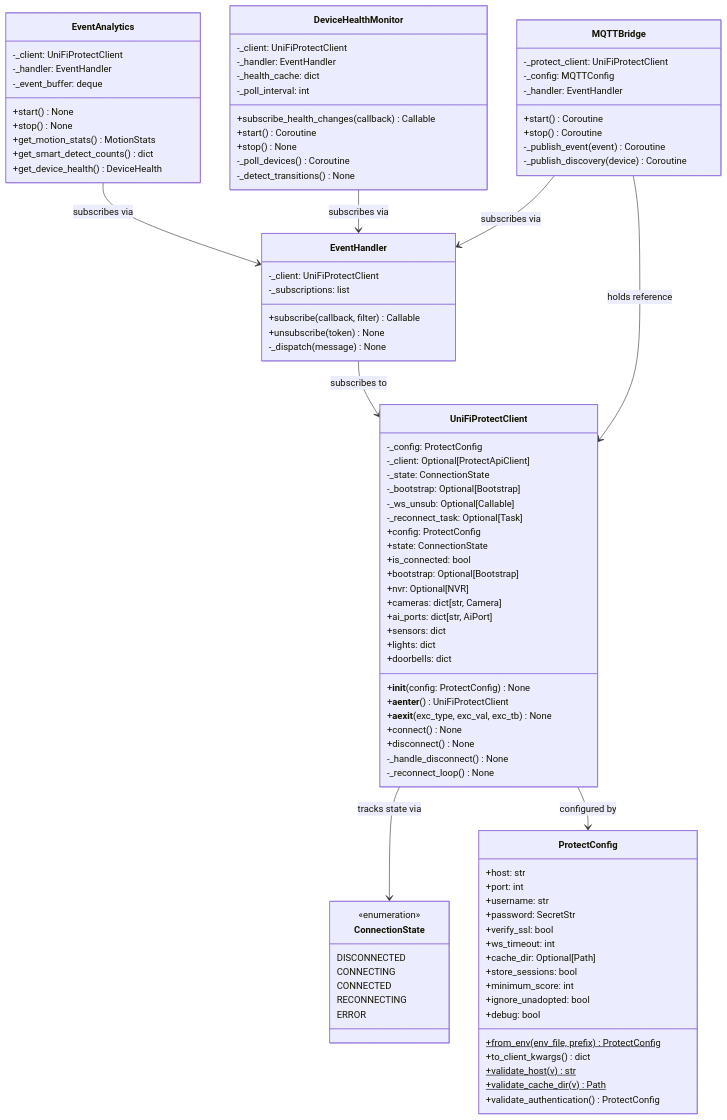
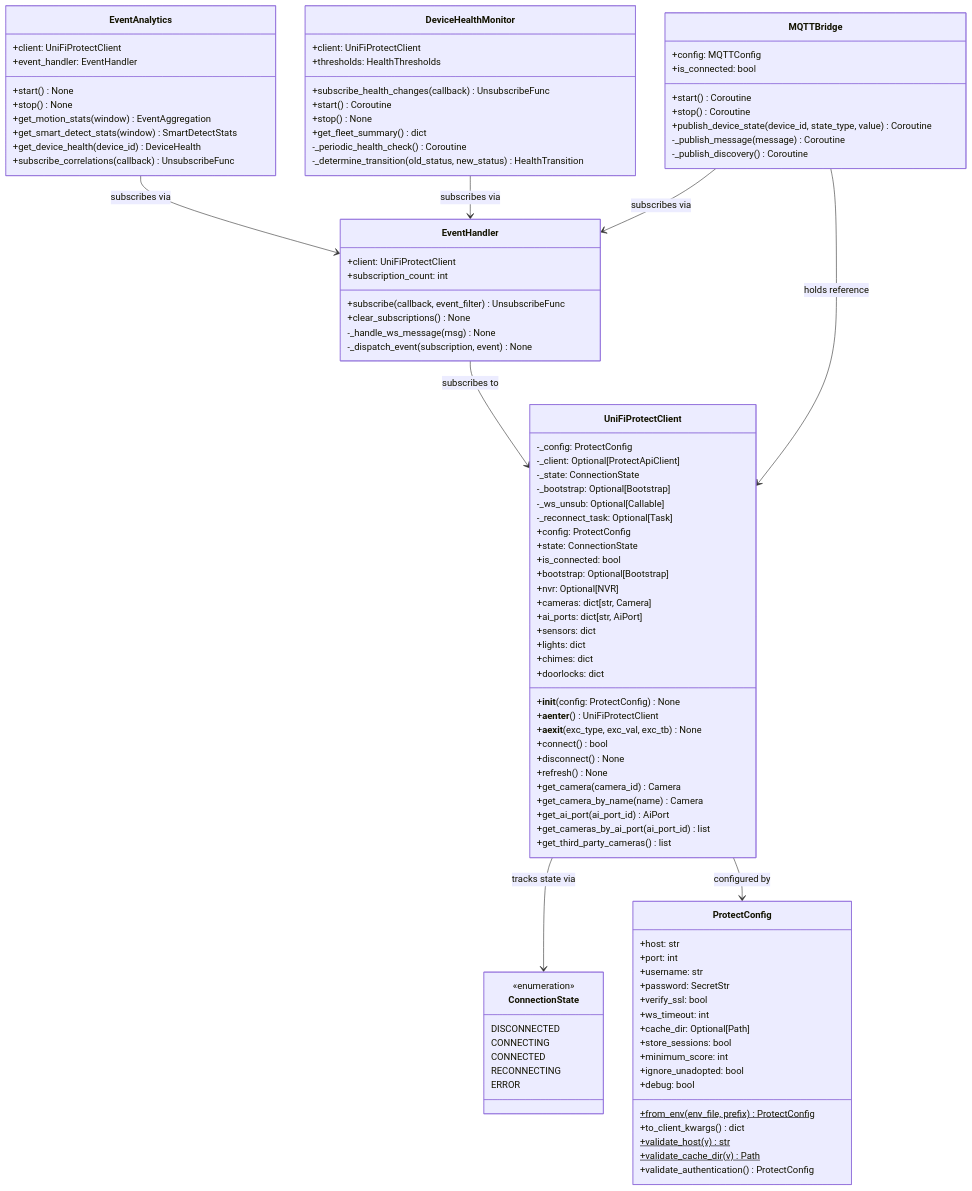
Diagram 17 of 26 in docs/architecture/c4-architecture.md (NetDevAutomate/unifi_management_cli), drawn with Mermaid before and after one commit. The commit also changed other lines of this file and 2 other files, not shown here.

First line of the commit message:
docs(architecture): refresh the C4 and overview docs

```diff
--- a/docs/architecture/c4-architecture.md
+++ b/docs/architecture/c4-architecture.md
@@ -681,14 +725,19 @@
         +ai_ports: dict[str, AiPort]
         +sensors: dict
         +lights: dict
-        +doorbells: dict
+        +chimes: dict
+        +doorlocks: dict
         +__init__(config: ProtectConfig) None
         +__aenter__() UniFiProtectClient
         +__aexit__(exc_type, exc_val, exc_tb) None
-        +connect() None
+        +connect() bool
         +disconnect() None
-        -_handle_disconnect() None
-        -_reconnect_loop() None
+        +refresh() None
+        +get_camera(camera_id) Camera
+        +get_camera_by_name(name) Camera
+        +get_ai_port(ai_port_id) AiPort
+        +get_cameras_by_ai_port(ai_port_id) list
+        +get_third_party_cameras() list
     }
 
     class ProtectConfig {
@@ -711,44 +760,44 @@
     }
 
     class EventHandler {
-        -_client: UniFiProtectClient
-        -_subscriptions: list
-        +subscribe(callback, filter) Callable
-        +unsubscribe(token) None
-        -_dispatch(message) None
+        +client: UniFiProtectClient
+        +subscription_count: int
+        +subscribe(callback, event_filter) UnsubscribeFunc
+        +clear_subscriptions() None
+        -_handle_ws_message(msg) None
+        -_dispatch_event(subscription, event) None
     }
 
     class EventAnalytics {
-        -_client: UniFiProtectClient
-        -_handler: EventHandler
-        -_event_buffer: deque
+        +client: UniFiProtectClient
+        +event_handler: EventHandler
         +start() None
         +stop() None
-        +get_motion_stats() MotionStats
-        +get_smart_detect_counts() dict
-        +get_device_health() DeviceHealth
+        +get_motion_stats(window) EventAggregation
+        +get_smart_detect_stats(window) SmartDetectStats
+        +get_device_health(device_id) DeviceHealth
+        +subscribe_correlations(callback) UnsubscribeFunc
     }
 
     class DeviceHealthMonitor {
-        -_client: UniFiProtectClient
-        -_handler: EventHandler
-        -_health_cache: dict
-        -_poll_interval: int
-        +subscribe_health_changes(callback) Callable
+        +client: UniFiProtectClient
+        +thresholds: HealthThresholds
+        +subscribe_health_changes(callback) UnsubscribeFunc
         +start() Coroutine
         +stop() None
-        -_poll_devices() Coroutine
-        -_detect_transitions() None
+        +get_fleet_summary() dict
+        -_periodic_health_check() Coroutine
+        -_determine_transition(old_status, new_status) HealthTransition
     }
 
     class MQTTBridge {
-        -_protect_client: UniFiProtectClient
-        -_config: MQTTConfig
-        -_handler: EventHandler
+        +config: MQTTConfig
+        +is_connected: bool
         +start() Coroutine
         +stop() Coroutine
-        -_publish_event(event) Coroutine
-        -_publish_discovery(device) Coroutine
+        +publish_device_state(device_id, state_type, value) Coroutine
+        -_publish_message(message) Coroutine
+        -_publish_discovery() Coroutine
     }
 
     UniFiProtectClient --> ConnectionState : tracks state via
```
